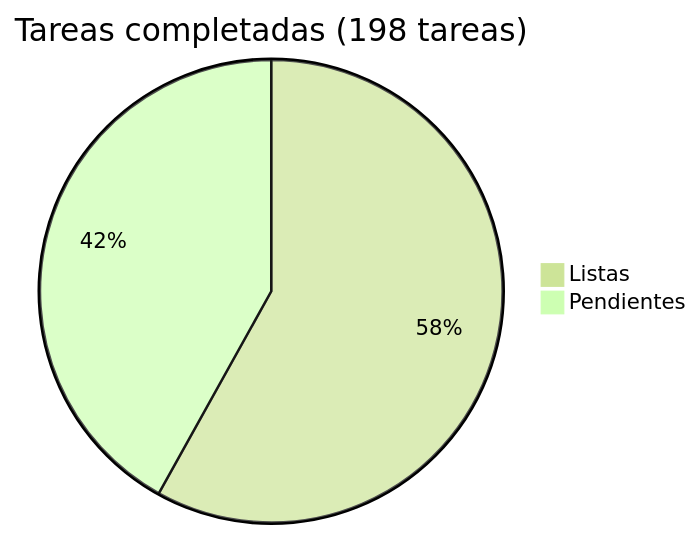
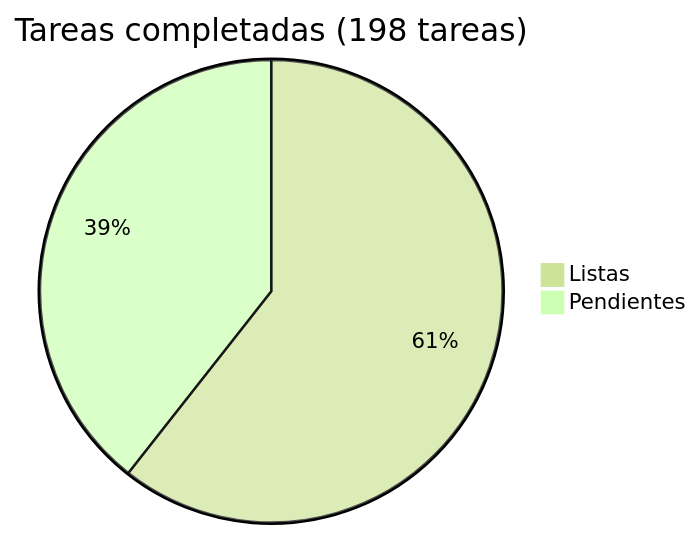
Before and after one commit to araguaney-lat/araguaney: the diagram in docs/roadmap/README.md, drawn with Mermaid (forest theme). The commit also changed other lines of this file and 9 other files, not shown here.

````diff
--- a/docs/roadmap/README.md
+++ b/docs/roadmap/README.md
@@ -5,5 +5,5 @@
 ```mermaid
 pie title Tareas completadas (198 tareas)
-    "Listas" : 115
-    "Pendientes" : 83
+    "Listas" : 120
+    "Pendientes" : 78
 ```
````
